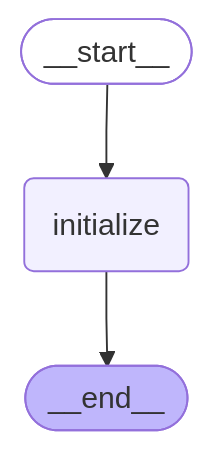
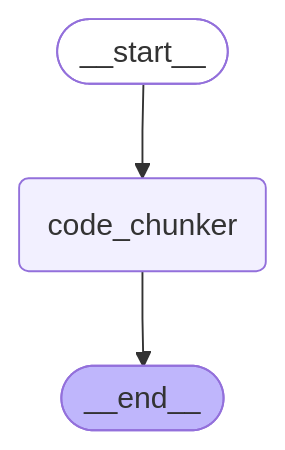
Before and after one commit to DEFRA/ai-sdlc-code-analysis-api: the third of 3 diagrams in README.md, drawn with Mermaid. The commit also changed 1 other file, not shown here.

Commit message:
adding git clean up script, updated readme langgraph diagram

````diff
--- a/README.md
+++ b/README.md
@@ -290,17 +290,17 @@
 ```mermaid
 ---
 config:
   flowchart:
     curve: linear
 ---
 graph TD;
 	__start__([<p>__start__</p>]):::first
-	initialize(initialize)
+	code_chunker(code_chunker)
 	__end__([<p>__end__</p>]):::last
-	__start__ --> initialize;
-	initialize --> __end__;
+	__start__ --> code_chunker;
+	code_chunker --> __end__;
 	classDef default fill:#f2f0ff,line-height:1.2
 	classDef first fill-opacity:0
 	classDef last fill:#bfb6fc
 
 ```
````
